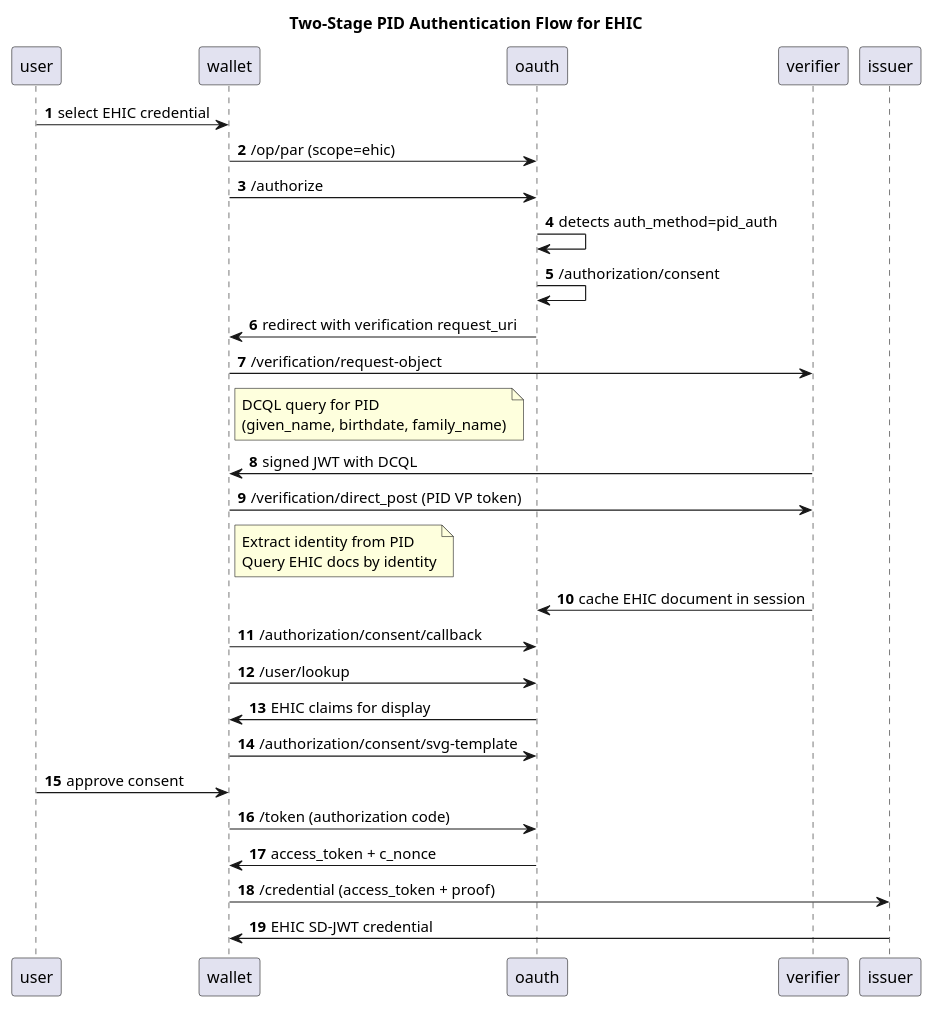
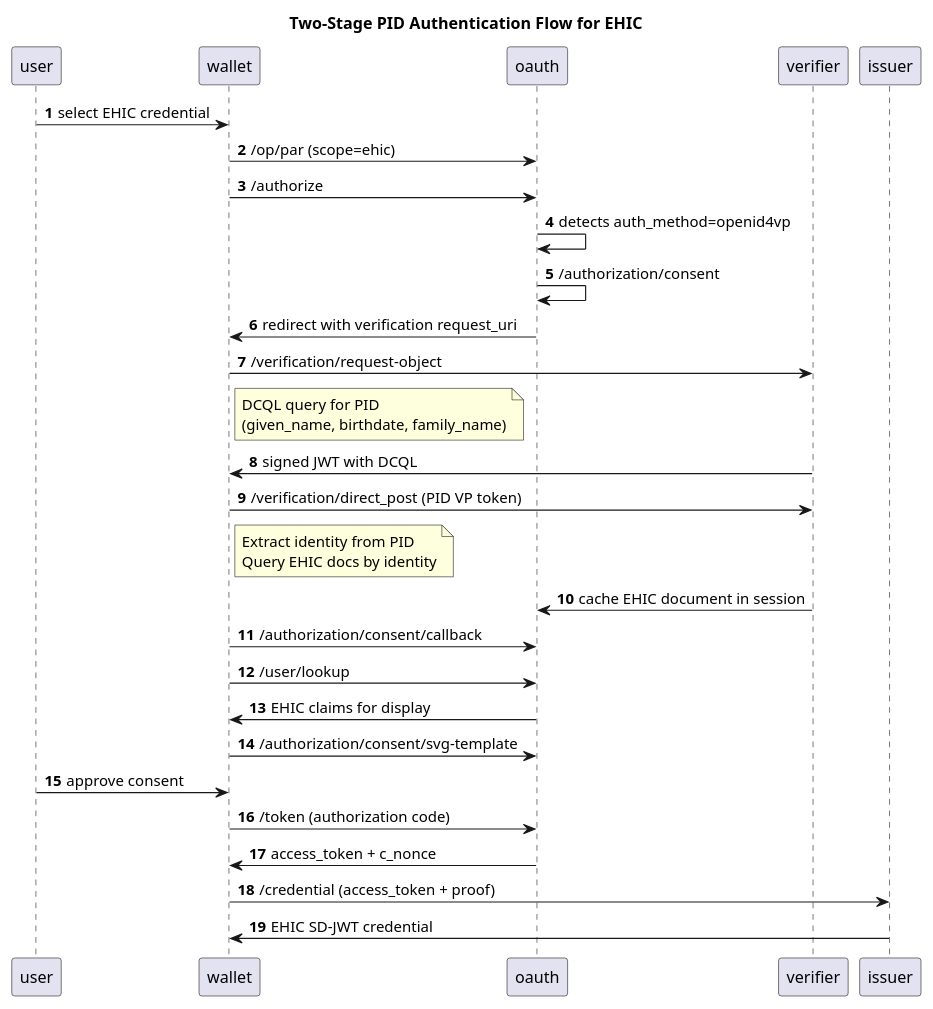
Before and after one commit to SUNET/vc: the diagram in docs/adr/diagrams/ehic-pid-auth-flow.puml, drawn with PlantUML. The commit also changed 70 other files, not shown here.

```diff
--- a/docs/adr/diagrams/ehic-pid-auth-flow.puml
+++ b/docs/adr/diagrams/ehic-pid-auth-flow.puml
@@ -1,28 +1,28 @@
 @startuml
 
 autonumber
 title Two-Stage PID Authentication Flow for EHIC
 
 user -> wallet: select EHIC credential
 wallet -> oauth: /op/par (scope=ehic)
 wallet -> oauth: /authorize
-oauth -> oauth: detects auth_method=pid_auth
+oauth -> oauth: detects auth_method=openid4vp
 oauth -> oauth: /authorization/consent
 oauth -> wallet: redirect with verification request_uri
 wallet -> verifier: /verification/request-object
 note right of wallet: DCQL query for PID\n(given_name, birthdate, family_name)
 verifier -> wallet: signed JWT with DCQL
 wallet -> verifier: /verification/direct_post (PID VP token)
 note right of wallet: Extract identity from PID\nQuery EHIC docs by identity
 verifier -> oauth: cache EHIC document in session
 wallet -> oauth: /authorization/consent/callback
 wallet -> oauth: /user/lookup
 oauth -> wallet: EHIC claims for display
 wallet -> oauth: /authorization/consent/svg-template
 user -> wallet: approve consent
 wallet -> oauth: /token (authorization code)
 oauth -> wallet: access_token + c_nonce
 wallet -> issuer: /credential (access_token + proof)
 issuer -> wallet: EHIC SD-JWT credential
 
 @enduml
```
